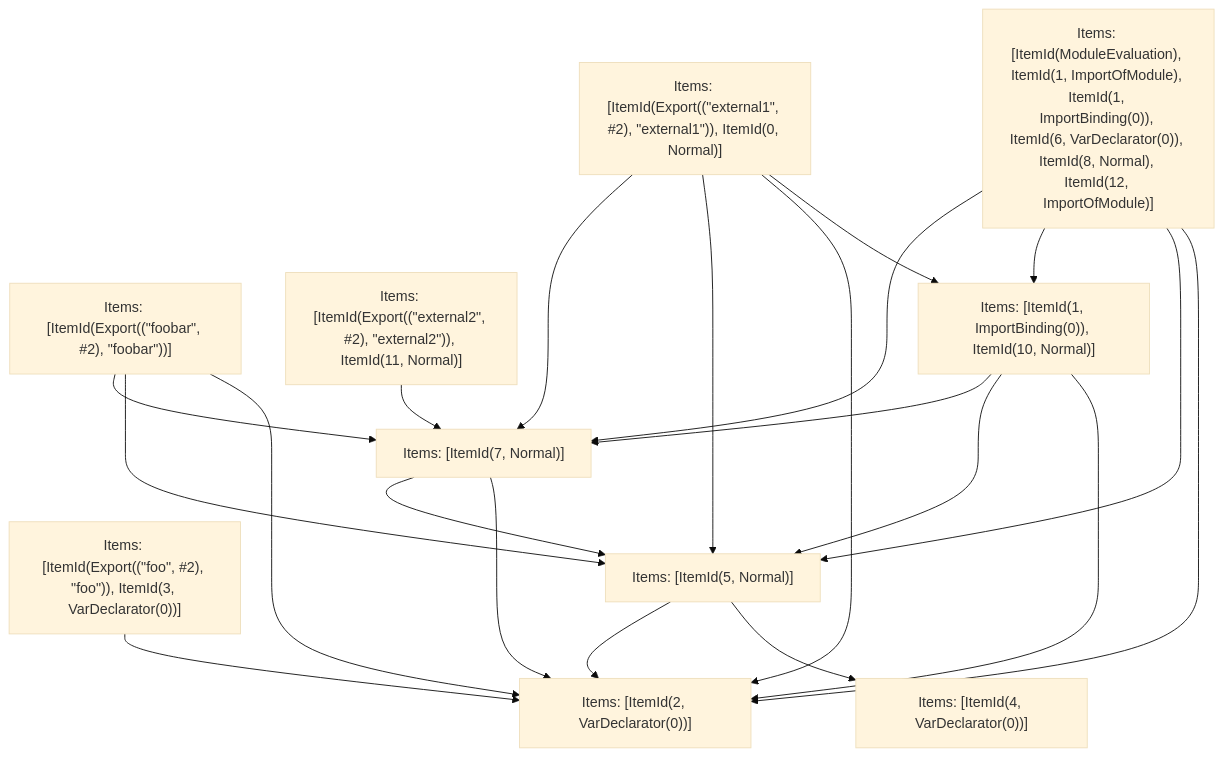
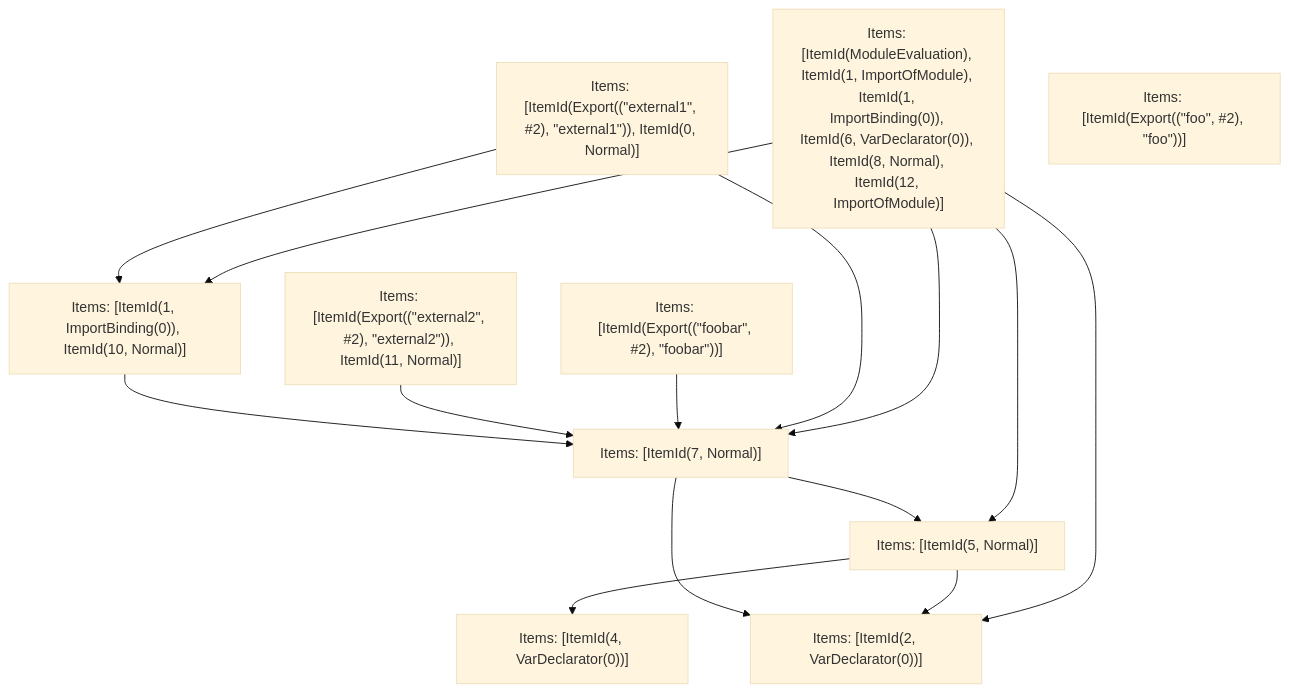
One commit to vercel/turborepo changed the fifth of 5 diagrams in crates/turbopack-ecmascript/tests/tree-shaker/analyzer/2/output.md. Above: the diagram before and after it, drawn with Mermaid (base theme). The commit also changed other lines of this file and 20 other files, not shown here.

````diff
--- a/crates/turbopack-ecmascript/tests/tree-shaker/analyzer/2/output.md
+++ b/crates/turbopack-ecmascript/tests/tree-shaker/analyzer/2/output.md
@@ -366,33 +349,26 @@
 ```mermaid
 graph TD
     N0["Items: [ItemId(ModuleEvaluation), ItemId(1, ImportOfModule), ItemId(1, ImportBinding(0)), ItemId(6, VarDeclarator(0)), ItemId(8, Normal), ItemId(12, ImportOfModule)]"];
     N1["Items: [ItemId(Export((&quot;external1&quot;, #2), &quot;external1&quot;)), ItemId(0, Normal)]"];
     N2["Items: [ItemId(Export((&quot;foobar&quot;, #2), &quot;foobar&quot;))]"];
-    N3["Items: [ItemId(Export((&quot;foo&quot;, #2), &quot;foo&quot;)), ItemId(3, VarDeclarator(0))]"];
+    N3["Items: [ItemId(Export((&quot;foo&quot;, #2), &quot;foo&quot;))]"];
     N4["Items: [ItemId(Export((&quot;external2&quot;, #2), &quot;external2&quot;)), ItemId(11, Normal)]"];
     N5["Items: [ItemId(2, VarDeclarator(0))]"];
     N6["Items: [ItemId(4, VarDeclarator(0))]"];
     N7["Items: [ItemId(5, Normal)]"];
     N8["Items: [ItemId(7, Normal)]"];
     N9["Items: [ItemId(1, ImportBinding(0)), ItemId(10, Normal)]"];
+    N0 --> N7;
     N0 --> N5;
-    N0 --> N7;
     N0 --> N9;
     N0 --> N8;
     N1 --> N9;
-    N1 --> N5;
-    N1 --> N7;
     N1 --> N8;
-    N2 --> N5;
-    N2 --> N7;
     N2 --> N8;
-    N3 --> N5;
     N4 --> N8;
     N7 --> N6;
     N7 --> N5;
+    N8 --> N7;
     N8 --> N5;
-    N8 --> N7;
-    N9 --> N5;
-    N9 --> N7;
     N9 --> N8;
 ```
````
